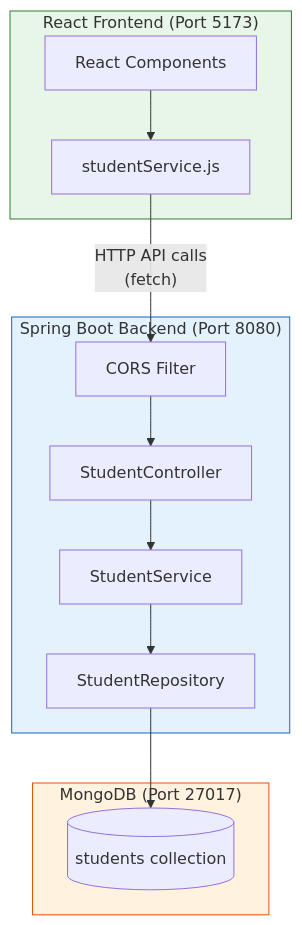
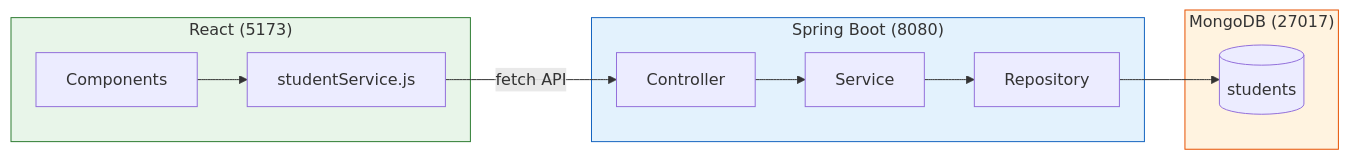
Before and after one commit to krushiraj/spring-boot-demo: the diagram in presentations/images/fullstack-arch.mmd, drawn with Mermaid. The commit also changed 3 other files, not shown here.

```diff
--- a/presentations/images/fullstack-arch.mmd
+++ b/presentations/images/fullstack-arch.mmd
@@ -1,21 +1,15 @@
-flowchart TB
-    subgraph Frontend["React Frontend (Port 5173)"]
-        RC["React Components"]
-        SS["studentService.js"]
-        RC --> SS
+flowchart LR
+    subgraph Frontend["React (5173)"]
+        RC["Components"] --> SS["studentService.js"]
     end
-    subgraph Backend["Spring Boot Backend (Port 8080)"]
-        CORS["CORS Filter"]
-        CT["StudentController"]
-        SV["StudentService"]
-        RP["StudentRepository"]
-        CORS --> CT --> SV --> RP
+    subgraph Backend["Spring Boot (8080)"]
+        CT["Controller"] --> SV["Service"] --> RP["Repository"]
     end
-    subgraph Database["MongoDB (Port 27017)"]
-        DB[("students collection")]
+    subgraph DB["MongoDB (27017)"]
+        CO[("students")]
     end
-    SS -->|"HTTP API calls<br/>(fetch)"| CORS
-    RP --> DB
+    SS -->|"fetch API"| CT
+    RP --> CO
     style Frontend fill:#E8F5E9,stroke:#2E7D32
     style Backend fill:#E3F2FD,stroke:#1565C0
-    style Database fill:#FFF3E0,stroke:#E65100
+    style DB fill:#FFF3E0,stroke:#E65100
```
